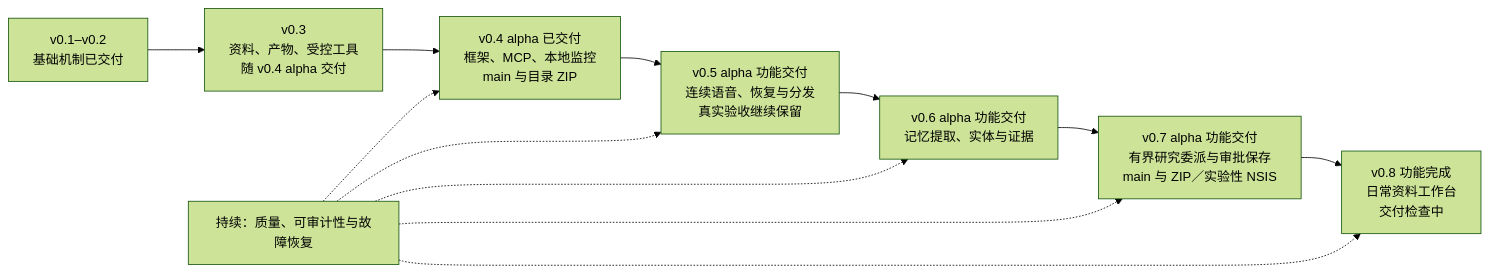
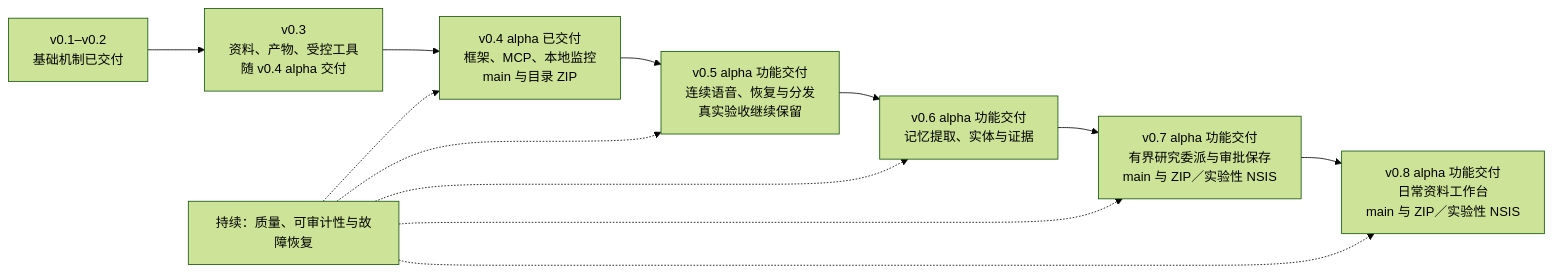
The diagram in docs/roadmap.md (MuzeAnisichael/GreatSage), drawn with Mermaid (forest theme) before and after one commit. The commit also changed other lines of this file and 7 other files, not shown here.

````diff
--- a/docs/roadmap.md
+++ b/docs/roadmap.md
@@ -19,14 +19,14 @@
 ```mermaid
 flowchart LR
     A["v0.1–v0.2<br/>基础机制已交付"] --> B["v0.3<br/>资料、产物、受控工具<br/>随 v0.4 alpha 交付"]
     B --> C["v0.4 alpha 已交付<br/>框架、MCP、本地监控<br/>main 与目录 ZIP"]
     C --> D["v0.5 alpha 功能交付<br/>连续语音、恢复与分发<br/>真实验收继续保留"]
     D --> E["v0.6 alpha 功能交付<br/>记忆提取、实体与证据"]
     E --> F["v0.7 alpha 功能交付<br/>有界研究委派与审批保存<br/>main 与 ZIP／实验性 NSIS"]
-    F --> G["v0.8 功能完成<br/>日常资料工作台<br/>交付检查中"]
+    F --> G["v0.8 alpha 功能交付<br/>日常资料工作台<br/>main 与 ZIP／实验性 NSIS"]
     R["持续：质量、可审计性与故障恢复"] -.-> C
     R -.-> D
     R -.-> E
     R -.-> F
     R -.-> G
 ```
````
